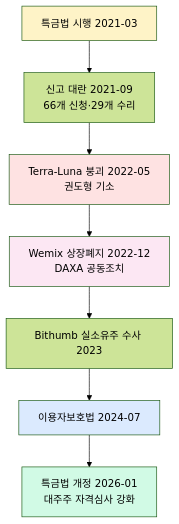
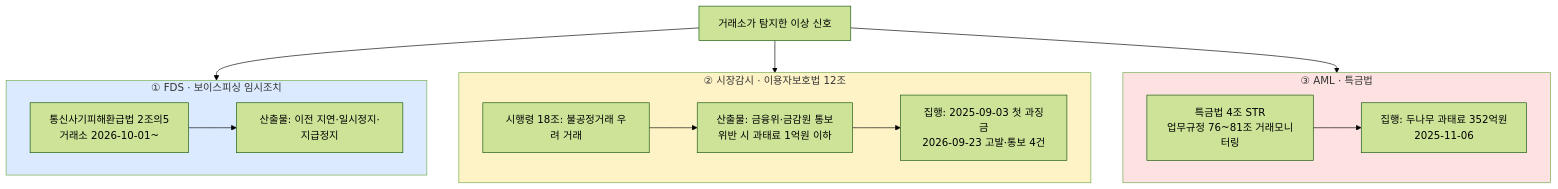
The first of 3 diagrams in notes/6-cases/korea-enforcement.md (lala-david/aml-notes), drawn with Mermaid (forest theme) before and after one commit. The commit also changed other lines of this file and 379 other files, not shown here.

First line of the commit message:
notes,kb,en,deep,charts: 2026-10-21 기준 정정 46건 반영 — 출처 없는 수치를 걷어내고 다이어그램을 다시 그림

````diff
--- a/notes/6-cases/korea-enforcement.md
+++ b/notes/6-cases/korea-enforcement.md
@@ -20,15 +21,25 @@
 ```mermaid
 flowchart TB
-    A[특금법 시행 2021-03] --> B[신고 대란 2021-09<br/>66개 신청·29개 수리]
-    B --> C[Terra-Luna 붕괴 2022-05<br/>권도형 기소]
-    C --> D[Wemix 상장폐지 2022-12<br/>DAXA 공동조치]
-    D --> E[Bithumb 실소유주 수사 2023]
-    E --> F[이용자보호법 2024-07]
-    F --> G[특금법 개정 2026-01<br/>대주주 자격심사 강화]
-
-    style A fill:#fef3c7
-    style C fill:#fee2e2
-    style D fill:#fce7f3
-    style F fill:#dbeafe
-    style G fill:#d1fae5
+    S["거래소가 탐지한 이상 신호"] --> F1
+    S --> F2
+    S --> F3
+    subgraph F1["① FDS · 보이스피싱 임시조치"]
+        A1["통신사기피해환급법 2조의5<br/>거래소 2026-10-01~"]
+        A2["산출물: 이전 지연·일시정지·지급정지"]
+        A1 --> A2
+    end
+    subgraph F2["② 시장감시 · 이용자보호법 12조"]
+        B1["시행령 18조: 불공정거래 우려 거래"]
+        B2["산출물: 금융위·금감원 통보<br/>위반 시 과태료 1억원 이하"]
+        B3["집행: 2025-09-03 첫 과징금<br/>2026-09-23 고발·통보 4건"]
+        B1 --> B2 --> B3
+    end
+    subgraph F3["③ AML · 특금법"]
+        C1["특금법 4조 STR<br/>업무규정 76~81조 거래모니터링"]
+        C2["집행: 두나무 과태료 352억원<br/>2025-11-06"]
+        C1 --> C2
+    end
+    style F1 fill:#dbeafe
+    style F2 fill:#fef3c7
+    style F3 fill:#fee2e2
 ```
````
